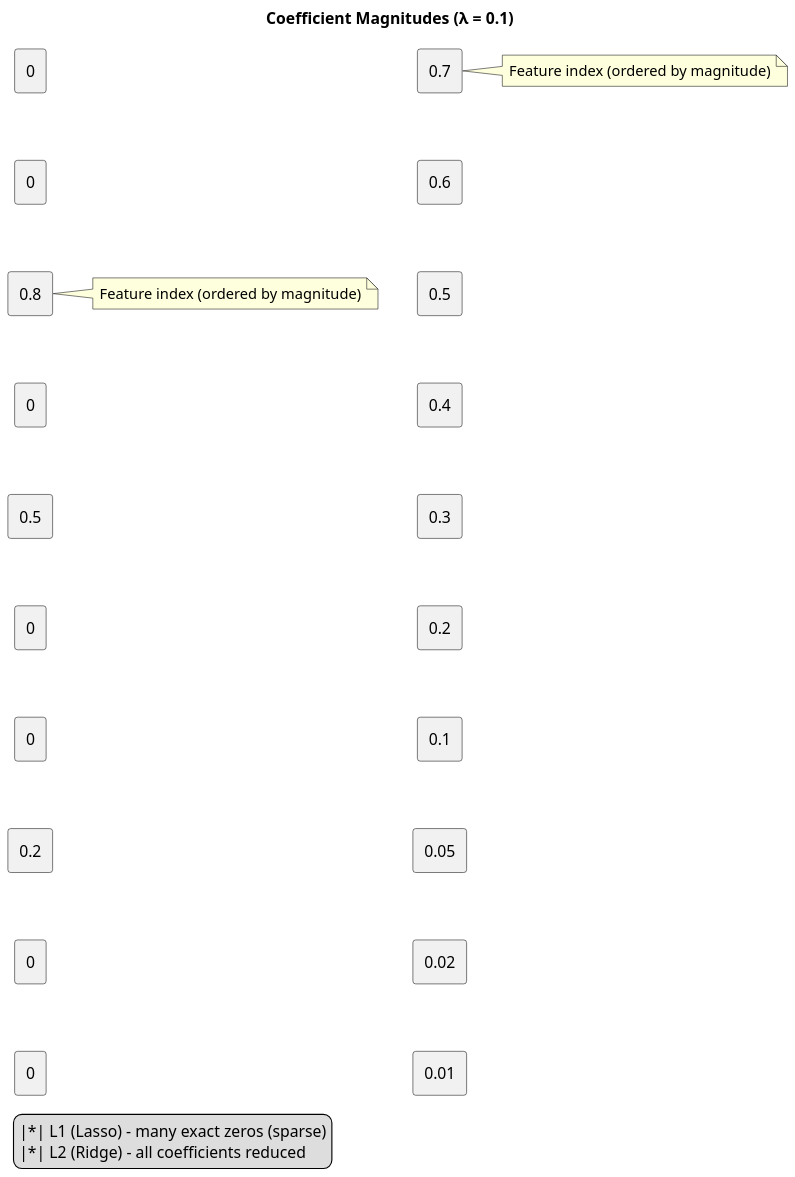
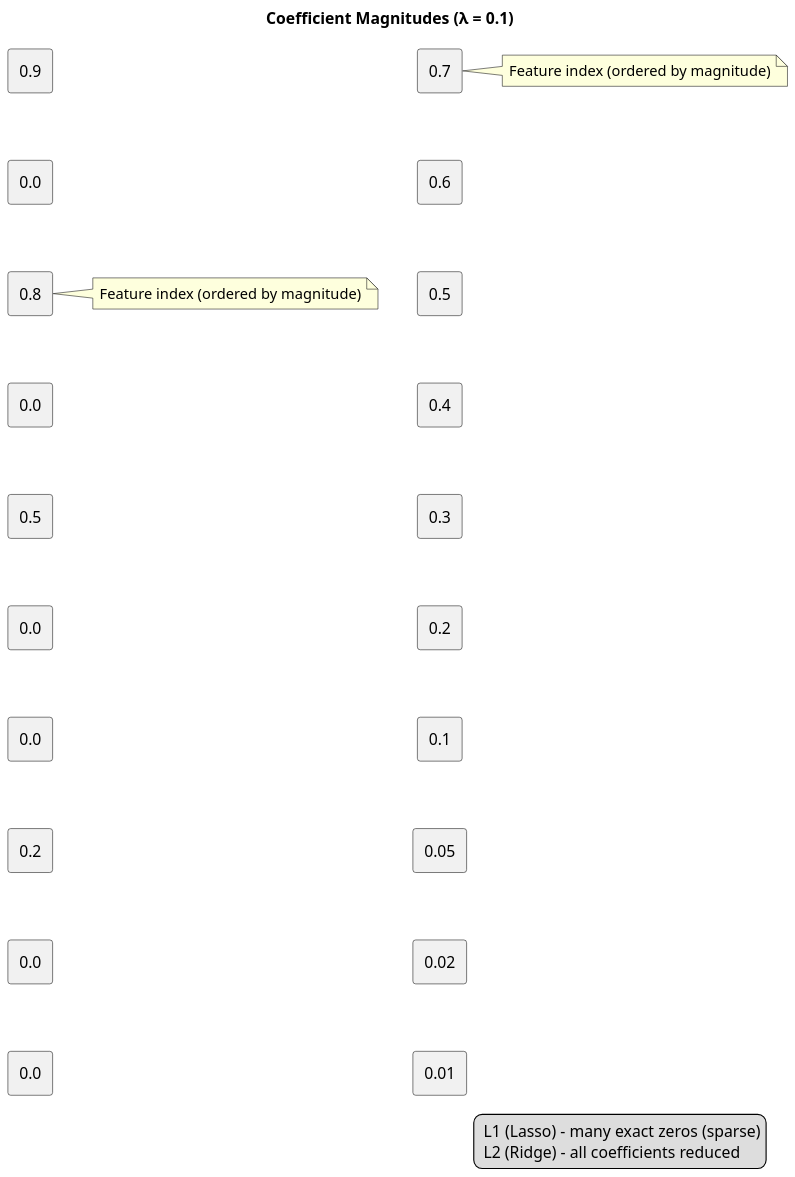
One commit to InquiryInstitute/AIPA changed the first of 2 diagrams in aipa/llm-elevated/ch04-lecture-03.adoc. Above: the diagram before and after it, drawn with PlantUML. The commit also changed other lines of this file and 128 other files, not shown here.

```diff
--- a/aipa/llm-elevated/ch04-lecture-03.adoc
+++ b/aipa/llm-elevated/ch04-lecture-03.adoc
@@ -142,64 +201,63 @@
 [plantuml,ch04-l03-coeff,svg,theme=sketchy-outline,scale=1.5]
 ....
 @startuml
 scale 1.5
 title Coefficient Magnitudes (λ = 0.1)
 
-' Shared Y‑axis
-legend left
-  |*| L1 (Lasso) – many exact zeros (sparse)
-  |*| L2 (Ridge) – all coefficients reduced
+legend right
+  <&circle> L1 (Lasso) – many exact zeros (sparse)
+  <&square> L2 (Ridge) – all coefficients reduced
 endlegend
 
-' L1 panel
-rectangle "0" as L1c1
-rectangle "0" as L1c2
+' L1 panel – only non‑zero bars are drawn
+rectangle "0.9" as L1c1
+rectangle "0.0" as L1c2
 rectangle "0.8" as L1c3
-rectangle "0" as L1c4
+rectangle "0.0" as L1c4
 rectangle "0.5" as L1c5
-rectangle "0" as L1c6
-rectangle "0" as L1c7
+rectangle "0.0" as L1c6
+rectangle "0.0" as L1c7
 rectangle "0.2" as L1c8
-rectangle "0" as L1c9
-rectangle "0" as L1c10
+rectangle "0.0" as L1c9
+rectangle "0.0" as L1c10
 L1c1 -[hidden]-> L1c2
 L1c2 -[hidden]-> L1c3
 L1c3 -[hidden]-> L1c4
 L1c4 -[hidden]-> L1c5
 L1c5 -[hidden]-> L1c6
 L1c6 -[hidden]-> L1c7
 L1c7 -[hidden]-> L1c8
 L1c8 -[hidden]-> L1c9
 L1c9 -[hidden]-> L1c10
 
-' L2 panel
+' L2 panel – all bars have decreasing height
 rectangle "0.7" as L2c1
 rectangle "0.6" as L2c2
 rectangle "0.5" as L2c3
 rectangle "0.4" as L2c4
 rectangle "0.3" as L2c5
 rectangle "0.2" as L2c6
 rectangle "0.1" as L2c7
 rectangle "0.05" as L2c8
 rectangle "0.02" as L2c9
 rectangle "0.01" as L2c10
 L2c1 -[hidden]-> L2c2
 L2c2 -[hidden]-> L2c3
 L2c3 -[hidden]-> L2c4
 L2c4 -[hidden]-> L2c5
 L2c5 -[hidden]-> L2c6
 L2c6 -[hidden]-> L2c7
 L2c7 -[hidden]-> L2c8
 L2c8 -[hidden]-> L2c9
 L2c9 -[hidden]-> L2c10
 
 note right of L1c3
 Feature index (ordered by magnitude)
 end note
 
 note right of L2c1
 Feature index (ordered by magnitude)
 end note
 
 @enduml
 ....
```
